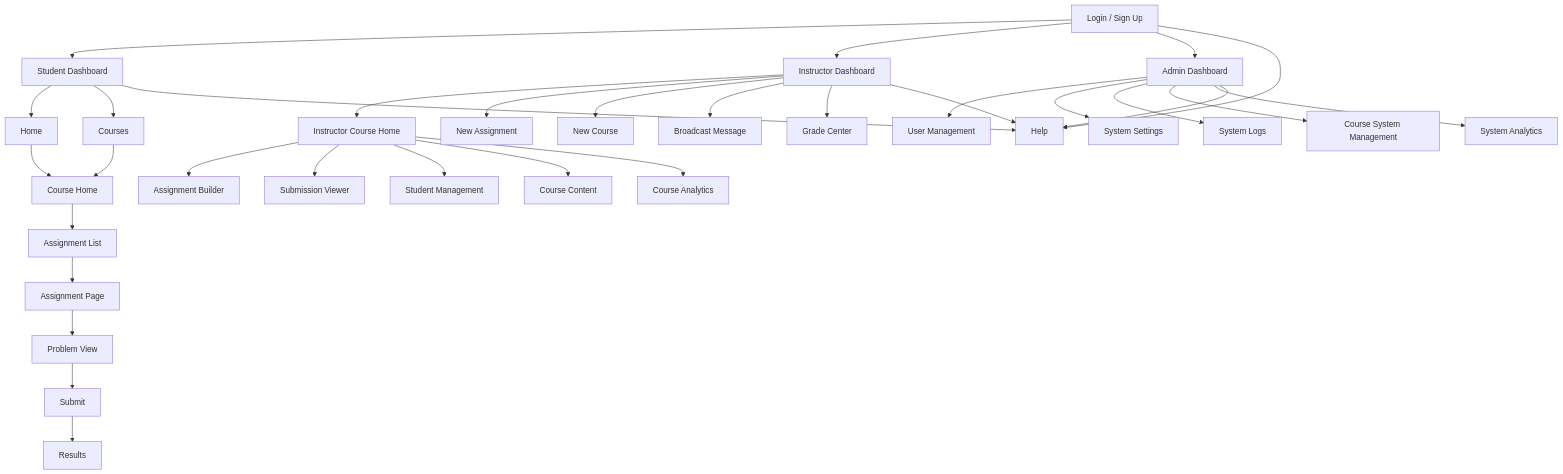
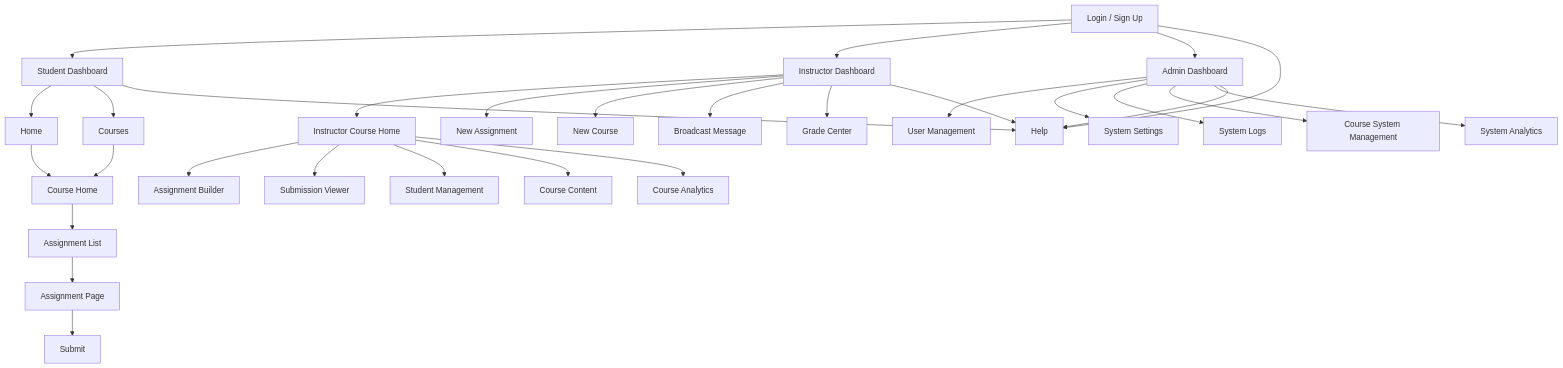
Before and after one commit to jmartgmz/f25-cisc474-individual: the diagram in apps/docs/public/planning/sitemap.md, drawn with Mermaid.

Commit message:
Refactor site map by removing unnecessary nodes for clarity

````diff
--- a/apps/docs/public/planning/sitemap.md
+++ b/apps/docs/public/planning/sitemap.md
@@ -3,38 +3,36 @@
 ```mermaid
 flowchart TD
     L[Login / Sign Up] --> SD[Student Dashboard]
     L --> ID[Instructor Dashboard]
     L --> AD[Admin Dashboard]
     
     SD --> H[Home]
     SD --> C[Courses]
     H --> CH[Course Home]
     C --> CH
     CH --> AL[Assignment List]
     AL --> AP[Assignment Page]
-    AP --> PV[Problem View]
-    PV --> SUB[Submit]
-    SUB --> RES[Results]
+    AP --> SUB[Submit]
     
     ID --> IC[Instructor Course Home]
     ID --> NA[New Assignment]
     ID --> NC[New Course]
     ID --> BM[Broadcast Message]
     ID --> GC[Grade Center]
     IC --> AB[Assignment Builder]
     IC --> SV[Submission Viewer]
     IC --> SM[Student Management]
     IC --> CM[Course Content]
     IC --> CA[Course Analytics]
     
     AD --> UM[User Management]
     AD --> SS[System Settings]
     AD --> SL[System Logs]
     AD --> CSM[Course System Management]
     AD --> SA[System Analytics]
     
     L --> HELP[Help]
     SD --> HELP
     ID --> HELP
     AD --> HELP
 ```
````
